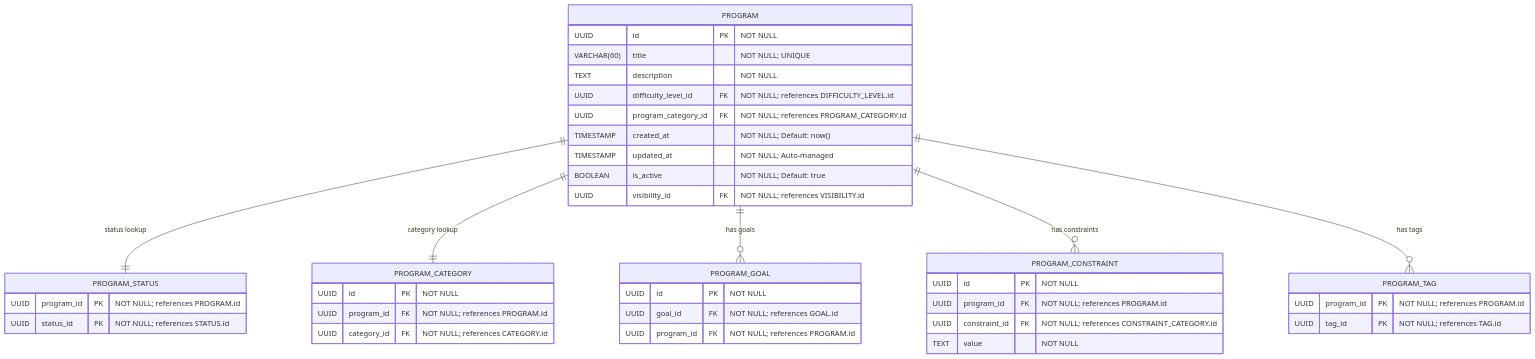
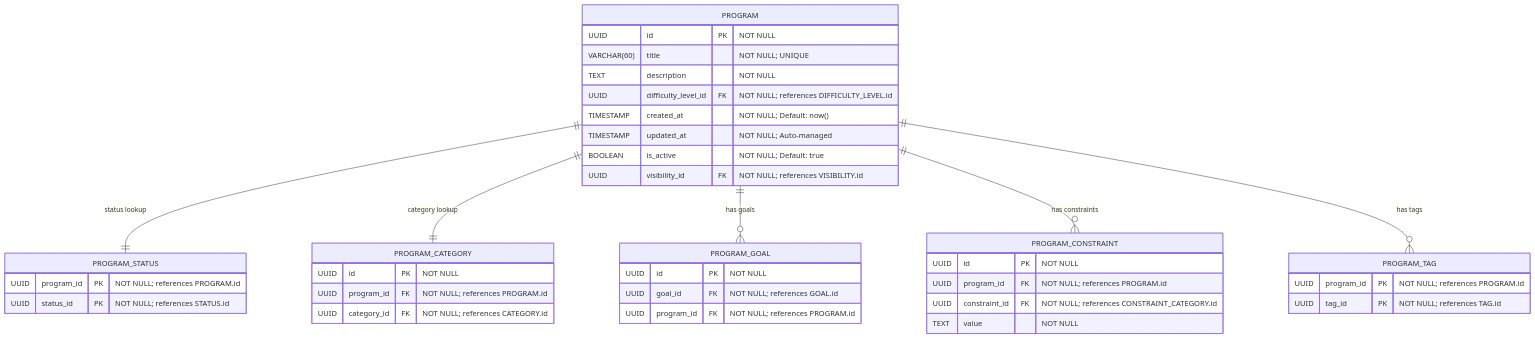
One commit to Dratharias/Motriforge changed the diagram in docs/program/core_program_definition_classification.md. Above: the diagram before and after it, drawn with Mermaid. The commit also changed 5 other files, not shown here.

````diff
--- a/docs/program/core_program_definition_classification.md
+++ b/docs/program/core_program_definition_classification.md
@@ -8,52 +8,51 @@
 ```mermaid
 erDiagram
   %%=== Layer 1: Core Program & Classification ===%%
 
   PROGRAM {
     UUID id PK                               "NOT NULL"
     VARCHAR(60) title                        "NOT NULL; UNIQUE"
     TEXT description                         "NOT NULL"
     UUID difficulty_level_id FK              "NOT NULL; references DIFFICULTY_LEVEL.id"
-    UUID program_category_id FK              "NOT NULL; references PROGRAM_CATEGORY.id"
     TIMESTAMP created_at                     "NOT NULL; Default: now()"
     TIMESTAMP updated_at                     "NOT NULL; Auto‐managed"
     BOOLEAN is_active                        "NOT NULL; Default: true"
     UUID visibility_id FK                    "NOT NULL; references VISIBILITY.id"
   }
 
   PROGRAM_STATUS {
     UUID program_id PK "NOT NULL; references PROGRAM.id"
     UUID status_id PK  "NOT NULL; references STATUS.id"
   }
 
   PROGRAM_CATEGORY {
     UUID id PK                                "NOT NULL"
     UUID program_id FK                        "NOT NULL; references PROGRAM.id"
     UUID category_id FK                       "NOT NULL; references CATEGORY.id"
   }
 
   PROGRAM_GOAL {
     UUID id PK                                "NOT NULL"
     UUID goal_id FK                           "NOT NULL; references GOAL.id"
     UUID program_id FK                        "NOT NULL; references PROGRAM.id"
   }
 
   PROGRAM_CONSTRAINT {
     UUID id PK                                "NOT NULL"
     UUID program_id FK                        "NOT NULL; references PROGRAM.id"
     UUID constraint_id FK                     "NOT NULL; references CONSTRAINT_CATEGORY.id"
     TEXT value                                "NOT NULL"
   }
 
   PROGRAM_TAG {
     UUID program_id PK "NOT NULL; references PROGRAM.id"
     UUID tag_id PK     "NOT NULL; references TAG.id"
   }
 
   %%— Relationships in Layer 1 —
   PROGRAM ||--|| PROGRAM_STATUS       : "status lookup"
   PROGRAM ||--|| PROGRAM_CATEGORY     : "category lookup"
   PROGRAM ||--o{ PROGRAM_GOAL         : "has goals"
   PROGRAM ||--o{ PROGRAM_CONSTRAINT   : "has constraints"
   PROGRAM ||--o{ PROGRAM_TAG          : "has tags"
 ```
````
